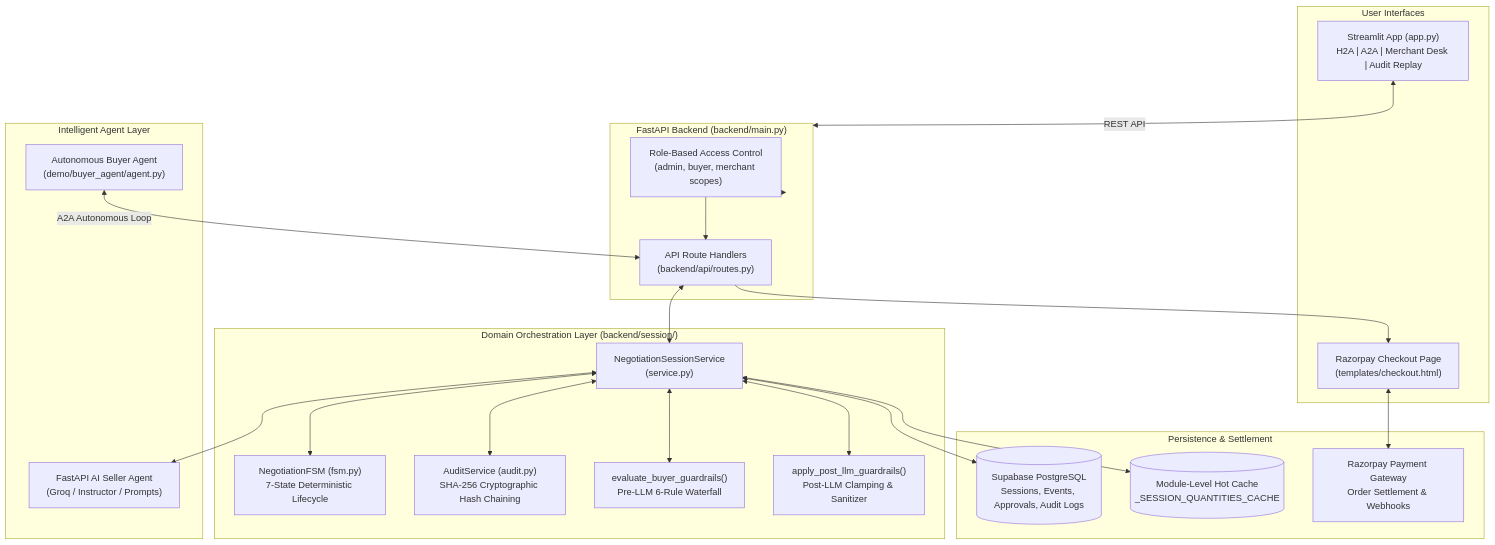
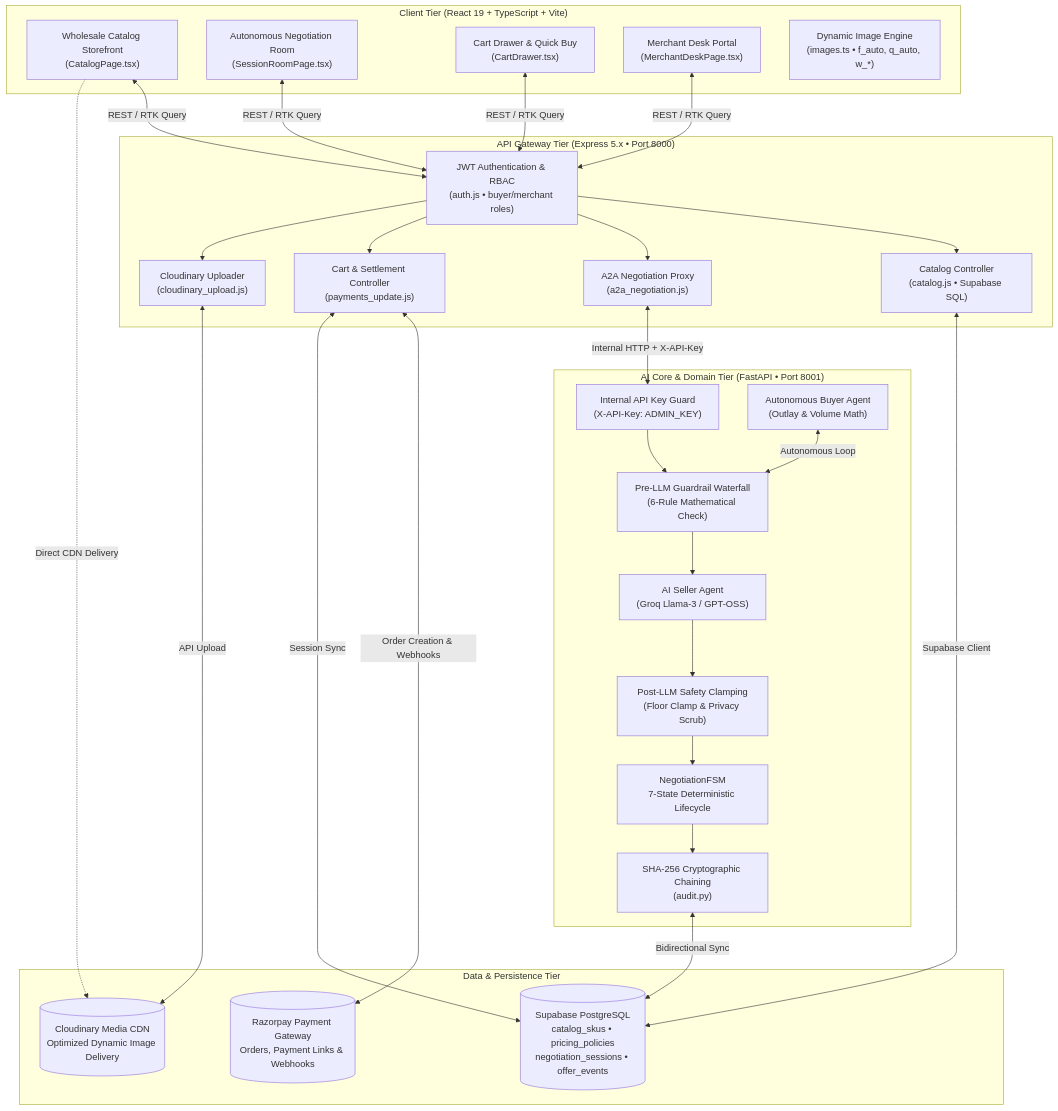
Before and after one commit to sriKritarth/Handshake-AI: the first of 4 diagrams in README.md, drawn with Mermaid. The commit also changed other lines of this file, not shown here.

````diff
--- a/README.md
+++ b/README.md
@@ -60,45 +68,59 @@
 ```mermaid
 flowchart TB
-    subgraph UI["User Interfaces"]
-        ST["Streamlit App (app.py)<br/>H2A | A2A | Merchant Desk | Audit Replay"]
-        RZP["Razorpay Checkout Page<br/>(templates/checkout.html)"]
+    subgraph CLIENT["Client Tier (React 19 + TypeScript + Vite)"]
+        STORE["Wholesale Catalog Storefront<br/>(CatalogPage.tsx)"]
+        ROOM["Autonomous Negotiation Room<br/>(SessionRoomPage.tsx)"]
+        CART["Cart Drawer & Quick Buy<br/>(CartDrawer.tsx)"]
+        MERCH_UI["Merchant Desk Portal<br/>(MerchantDeskPage.tsx)"]
+        IMG_CACHE["Dynamic Image Engine<br/>(images.ts • f_auto, q_auto, w_*)"]
     end
 
-    subgraph API["FastAPI Backend (backend/main.py)"]
-        AUTH["Role-Based Access Control<br/>(admin, buyer, merchant scopes)"]
-        ROUTES["API Route Handlers<br/>(backend/api/routes.py)"]
+    subgraph GATEWAY["API Gateway Tier (Express 5.x • Port 8000)"]
+        AUTH_MW["JWT Authentication & RBAC<br/>(auth.js • buyer/merchant roles)"]
+        CATALOG_CTL["Catalog Controller<br/>(catalog.js • Supabase SQL)"]
+        A2A_PROXY["A2A Negotiation Proxy<br/>(a2a_negotiation.js)"]
+        PAY_CTL["Cart & Settlement Controller<br/>(payments_update.js)"]
+        CLDN_CTL["Cloudinary Uploader<br/>(cloudinary_upload.js)"]
     end
 
-    subgraph CORE["Domain Orchestration Layer (backend/session/)"]
-        SVC["NegotiationSessionService<br/>(service.py)"]
-        FSM["NegotiationFSM (fsm.py)<br/>7-State Deterministic Lifecycle"]
-        AUDIT["AuditService (audit.py)<br/>SHA-256 Cryptographic Hash Chaining"]
-        PREM["evaluate_buyer_guardrails()<br/>Pre-LLM 6-Rule Waterfall"]
-        POSTM["apply_post_llm_guardrails()<br/>Post-LLM Clamping & Sanitizer"]
+    subgraph ENGINE["AI Core & Domain Tier (FastAPI • Port 8001)"]
+        AUTH_KEY["Internal API Key Guard<br/>(X-API-Key: ADMIN_KEY)"]
+        FSM["NegotiationFSM<br/>7-State Deterministic Lifecycle"]
+        PRE_GUARD["Pre-LLM Guardrail Waterfall<br/>(6-Rule Mathematical Check)"]
+        LLM_SELLER["AI Seller Agent<br/>(Groq Llama-3 / GPT-OSS)"]
+        POST_GUARD["Post-LLM Safety Clamping<br/>(Floor Clamp & Privacy Scrub)"]
+        BUYER_AGENT["Autonomous Buyer Agent<br/>(Outlay & Volume Math)"]
+        AUDIT_CHAIN["SHA-256 Cryptographic Chaining<br/>(audit.py)"]
     end
 
-    subgraph AGENTS["Intelligent Agent Layer"]
-        SELLER["FastAPI AI Seller Agent<br/>(Groq / Instructor / Prompts)"]
-        BUYER["Autonomous Buyer Agent<br/>(demo/buyer_agent/agent.py)"]
+    subgraph DATA["Data & Persistence Tier"]
+        SUPA[("Supabase PostgreSQL<br/>catalog_skus • pricing_policies<br/>negotiation_sessions • offer_events")]
+        CLDN[("Cloudinary Media CDN<br/>Optimized Dynamic Image Delivery")]
+        RZP[("Razorpay Payment Gateway<br/>Orders, Payment Links & Webhooks")]
     end
 
-    subgraph STORAGE["Persistence & Settlement"]
-        SUPA[("Supabase PostgreSQL<br/>Sessions, Events, Approvals, Audit Logs")]
-        CACHE[("Module-Level Hot Cache<br/>_SESSION_QUANTITIES_CACHE")]
-        RZPGW["Razorpay Payment Gateway<br/>Order Settlement & Webhooks"]
-    end
+    STORE <-->|REST / RTK Query| AUTH_MW
+    ROOM <-->|REST / RTK Query| AUTH_MW
+    CART <-->|REST / RTK Query| AUTH_MW
+    MERCH_UI <-->|REST / RTK Query| AUTH_MW
+    STORE -.->|Direct CDN Delivery| CLDN
 
-    ST <-->|REST API| API
-    API --> AUTH --> ROUTES
-    ROUTES <--> SVC
-    SVC <--> FSM
-    SVC <--> AUDIT
-    SVC <--> PREM
-    SVC <--> POSTM
-    SVC <--> SELLER
-    BUYER <-->|A2A Autonomous Loop| ROUTES
-    SVC <--> SUPA
-    SVC <--> CACHE
-    ROUTES --> RZP
-    RZP <--> RZPGW
+    AUTH_MW --> CATALOG_CTL
+    AUTH_MW --> A2A_PROXY
+    AUTH_MW --> PAY_CTL
+    AUTH_MW --> CLDN_CTL
+
+    CATALOG_CTL <-->|Supabase Client| SUPA
+    CLDN_CTL <-->|API Upload| CLDN
+    PAY_CTL <-->|Order Creation & Webhooks| RZP
+    PAY_CTL <-->|Session Sync| SUPA
+
+    A2A_PROXY <-->|Internal HTTP + X-API-Key| AUTH_KEY
+    AUTH_KEY --> PRE_GUARD
+    PRE_GUARD --> LLM_SELLER
+    LLM_SELLER --> POST_GUARD
+    POST_GUARD --> FSM
+    FSM --> AUDIT_CHAIN
+    AUDIT_CHAIN <-->|Bidirectional Sync| SUPA
+    BUYER_AGENT <-->|Autonomous Loop| PRE_GUARD
 ```
````
